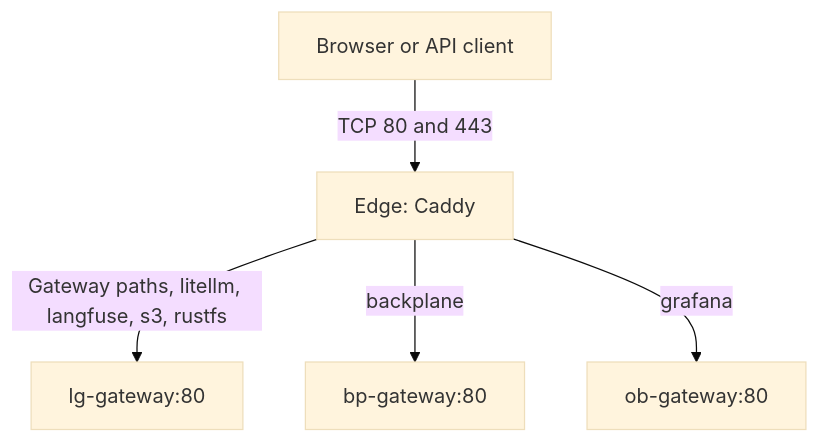
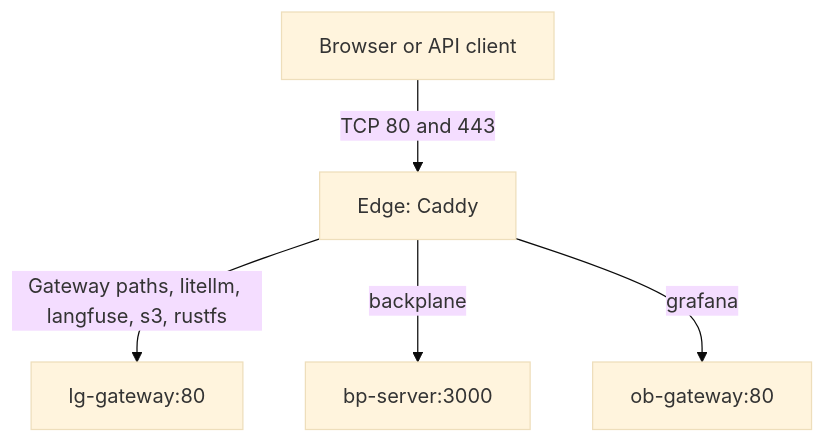
The diagram in docs/DESIGN.md (autonomiceng/platform-edge), drawn with Mermaid (base theme) before and after one commit. The commit also changed 10 other files, not shown here.

First line of the commit message:
feat(routes): reach the Backplane server directly at bp-server:3000 (#32)

````diff
--- a/docs/DESIGN.md
+++ b/docs/DESIGN.md
@@ -35,7 +35,7 @@
 ```mermaid
 flowchart TD
     client[Browser or API client] -->|TCP 80 and 443| edge[Edge: Caddy]
     edge -->|Gateway paths, litellm, langfuse, s3, rustfs| gateway[lg-gateway:80]
-    edge -->|backplane| backplane[bp-gateway:80]
+    edge -->|backplane| backplane[bp-server:3000]
     edge -->|grafana| observability[ob-gateway:80]
 ```
````
